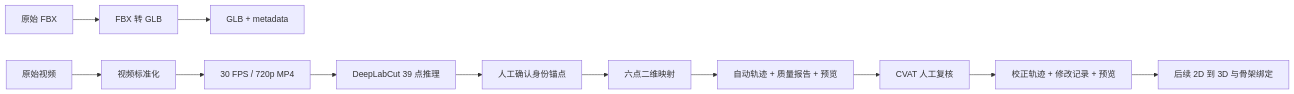
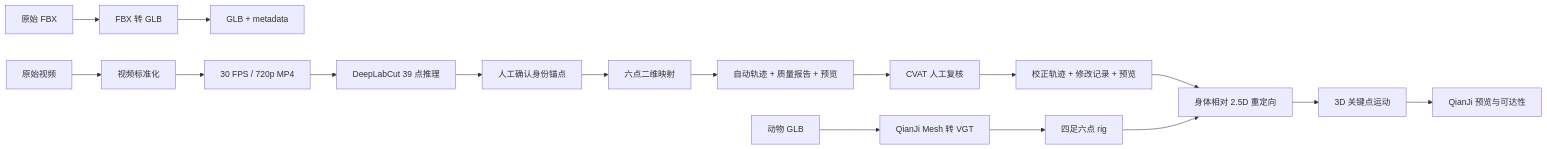
The diagram in README.md (39394480ke-sys/qianji-animal-motion), drawn with Mermaid before and after one commit. The commit also changed other lines of this file and 2 other files, not shown here.

Commit message:
docs: explain experimental mesh retargeting

````diff
--- a/README.md
+++ b/README.md
@@ -21,15 +23,20 @@
 ```mermaid
 flowchart LR
     A[原始 FBX] --> B[FBX 转 GLB]
     B --> C[GLB + metadata]
 
     D[原始视频] --> E[视频标准化]
     E --> F[30 FPS / 720p MP4]
     F --> G[DeepLabCut 39 点推理]
     G --> H[人工确认身份锚点]
     H --> I[六点二维映射]
     I --> J[自动轨迹 + 质量报告 + 预览]
     J --> K[CVAT 人工复核]
     K --> L[校正轨迹 + 修改记录 + 预览]
-    L --> M[后续 2D 到 3D 与骨架绑定]
+    L --> M[身体相对 2.5D 重定向]
+    N[动物 GLB] --> O[QianJi Mesh 转 VGT]
+    O --> P[四足六点 rig]
+    P --> M
+    M --> Q[3D 关键点运动]
+    Q --> R[QianJi 预览与可达性]
 ```
````
